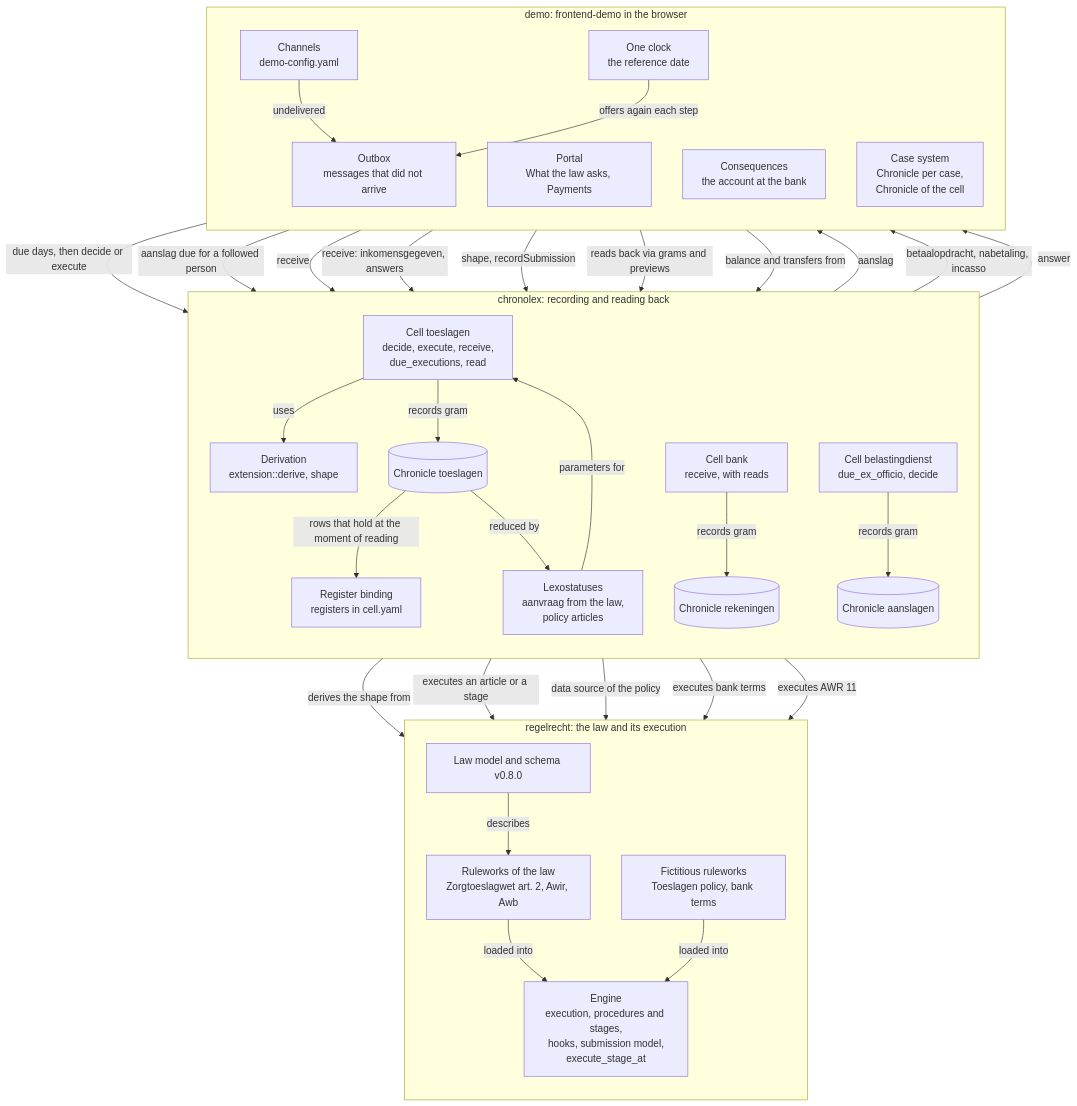
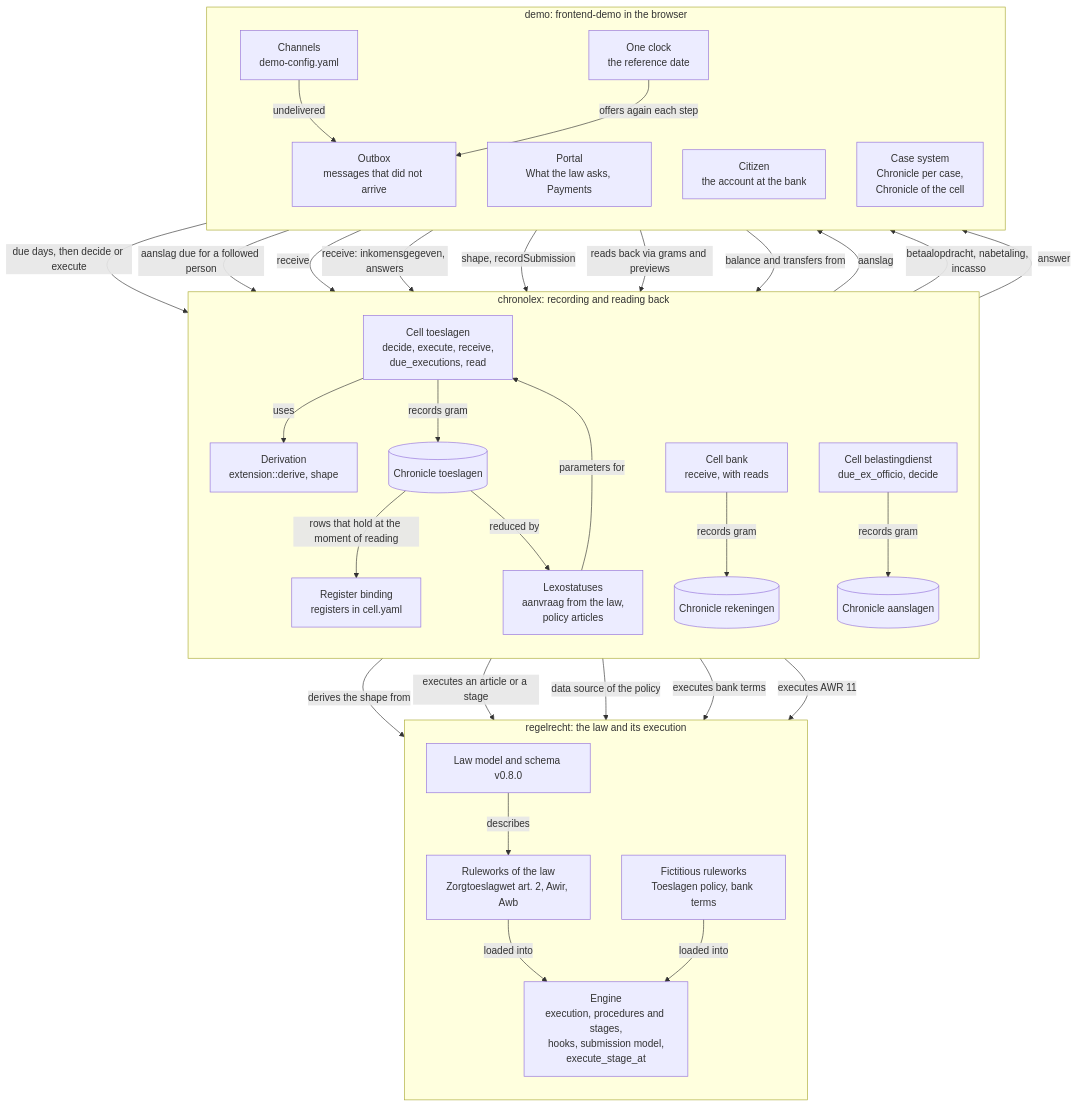
Before and after one commit to MinBZK/regelrecht: the first of 2 diagrams in docs/src/content/docs/components/zorgtoeslag-chronolexography.md, drawn with Mermaid. The commit also changed other lines of this file and 6 other files, not shown here.

````diff
--- a/docs/src/content/docs/components/zorgtoeslag-chronolexography.md
+++ b/docs/src/content/docs/components/zorgtoeslag-chronolexography.md
@@ -24,58 +24,58 @@
 ```mermaid
 flowchart TB
   subgraph RR["regelrecht: the law and its execution"]
     direction TB
     LAW["Ruleworks of the law<br/>Zorgtoeslagwet art. 2, Awir, Awb"]
     POL["Fictitious ruleworks<br/>Toeslagen policy, bank terms"]
     SCH["Law model and schema v0.8.0"]
     ENG["Engine<br/>execution, procedures and stages,<br/>hooks, submission model,<br/>execute_stage_at"]
   end
   subgraph CL["chronolex: recording and reading back"]
     direction TB
     DER["Derivation<br/>extension::derive, shape"]
     CT["Cell toeslagen<br/>decide, execute, receive,<br/>due_executions, read"]
     KT[("Chronicle toeslagen")]
     REG["Register binding<br/>registers in cell.yaml"]
     LX["Lexostatuses<br/>aanvraag from the law,<br/>policy articles"]
     CB["Cell bank<br/>receive, with reads"]
     KB[("Chronicle rekeningen")]
     CD["Cell belastingdienst<br/>due_ex_officio, decide"]
     KD[("Chronicle aanslagen")]
   end
   subgraph DM["demo: frontend-demo in the browser"]
     direction TB
     CLK["One clock<br/>the reference date"]
     POR["Portal<br/>What the law asks, Payments"]
-    GEV["Consequences<br/>the account at the bank"]
+    GEV["Citizen<br/>the account at the bank"]
     ZS["Case system<br/>Chronicle per case,<br/>Chronicle of the cell"]
     CHN["Channels<br/>demo-config.yaml"]
     OB["Outbox<br/>messages that did not arrive"]
   end
   SCH -->|"describes"| LAW
   LAW -->|"loaded into"| ENG
   POL -->|"loaded into"| ENG
   DER -->|"derives the shape from"| LAW
   CT -->|"uses"| DER
   CT -->|"executes an article or a stage"| ENG
   CT -->|"records gram"| KT
   KT -->|"rows that hold at the moment of reading"| REG
   REG -->|"data source of the policy"| ENG
   KT -->|"reduced by"| LX
   LX -->|"parameters for"| CT
   CB -->|"executes bank terms"| ENG
   CB -->|"records gram"| KB
   CD -->|"executes AWR 11"| ENG
   CD -->|"records gram"| KD
   CLK -->|"due days, then decide or execute"| CT
   CLK -->|"aanslag due for a followed person"| CD
   CD -->|"aanslag"| CHN
   CT -->|"betaalopdracht, nabetaling, incasso"| CHN
   CHN -->|"receive"| CB
   CB -->|"answer"| CHN
   CHN -->|"receive: inkomensgegeven, answers"| CT
   CHN -->|"undelivered"| OB
   CLK -->|"offers again each step"| OB
   POR -->|"shape, recordSubmission"| CT
   ZS -->|"reads back via grams and previews"| CT
   GEV -->|"balance and transfers from"| KB
 ```
````
